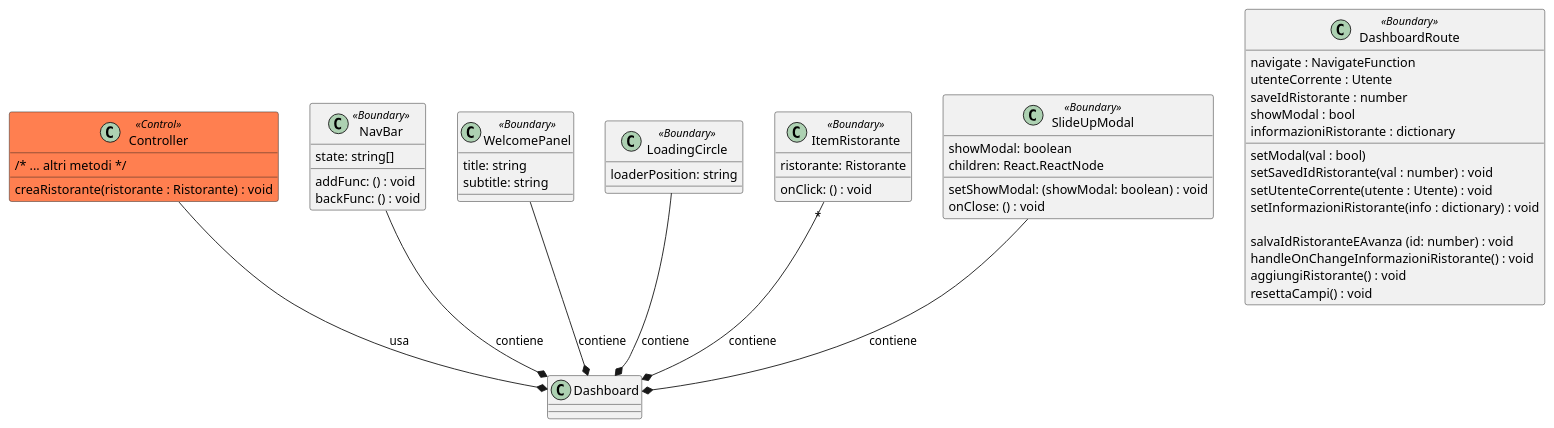
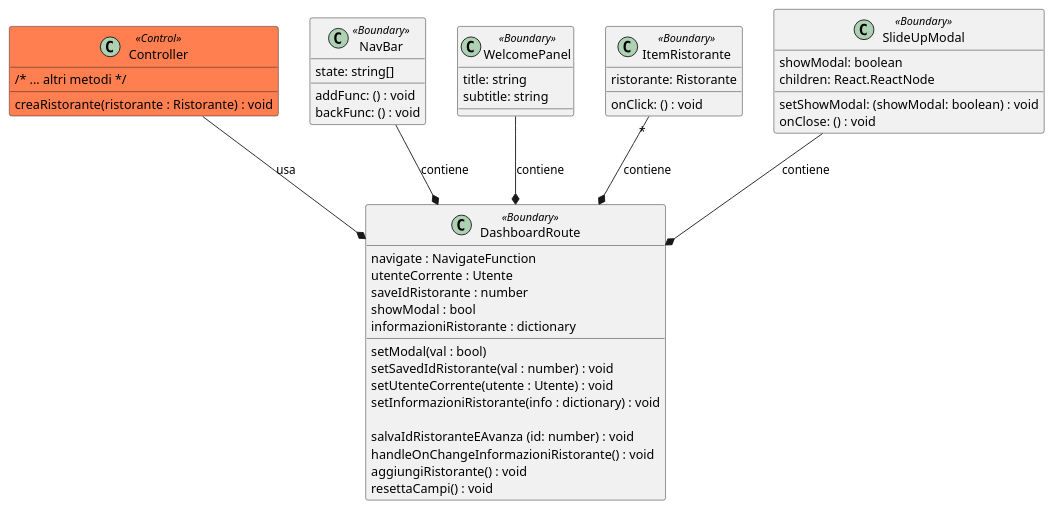
Before and after one commit to macro21KGB/Esame-INGSW-22-23: the diagram in diagrams/PUML/routes/Dashboard.puml, drawn with PlantUML. The commit also changed 34 other files, not shown here.

```diff
--- a/diagrams/PUML/routes/Dashboard.puml
+++ b/diagrams/PUML/routes/Dashboard.puml
@@ -1,69 +1,65 @@
 @startuml
 
 
 class Controller <<Control>> #coral{
 /* ... altri metodi */
 creaRistorante(ristorante : Ristorante) : void
 }
 
 class DashboardRoute <<Boundary>> {
 navigate : NavigateFunction
 utenteCorrente : Utente
 saveIdRistorante : number
 showModal : bool
 setModal(val : bool)
 setSavedIdRistorante(val : number) : void
 setUtenteCorrente(utente : Utente) : void
 informazioniRistorante : dictionary
 setInformazioniRistorante(info : dictionary) : void
 
 salvaIdRistoranteEAvanza (id: number) : void
 handleOnChangeInformazioniRistorante() : void
 aggiungiRistorante() : void
 resettaCampi() : void
 }
 
 
 class NavBar <<Boundary>> {
 
 	addFunc: () : void
 	backFunc: () : void
 	state: string[]
 }
 
 class WelcomePanel <<Boundary>> {
 
     title: string
     subtitle: string
 
 }
 
-class LoadingCircle <<Boundary>> {
 
-	loaderPosition: string
-
-}
 class ItemRistorante <<Boundary>> {
 
     ristorante: Ristorante
     onClick: () : void
 
 }
 
 class SlideUpModal <<Boundary>> {
 
 	showModal: boolean
 	setShowModal: (showModal: boolean) : void
 	children: React.ReactNode
 	onClose: () : void
 
 }
 
-SlideUpModal --* Dashboard: contiene
-ItemRistorante "*"--* Dashboard: contiene
-WelcomePanel--* Dashboard: contiene
-NavBar --* Dashboard: contiene
-LoadingCircle --* Dashboard: contiene
+SlideUpModal --* DashboardRoute: contiene
+ItemRistorante "*"--* DashboardRoute: contiene
+WelcomePanel--* DashboardRoute: contiene
+NavBar --* DashboardRoute: contiene
 
-Controller --* Dashboard : usa
+
+Controller --* DashboardRoute : usa
 @enduml
```
